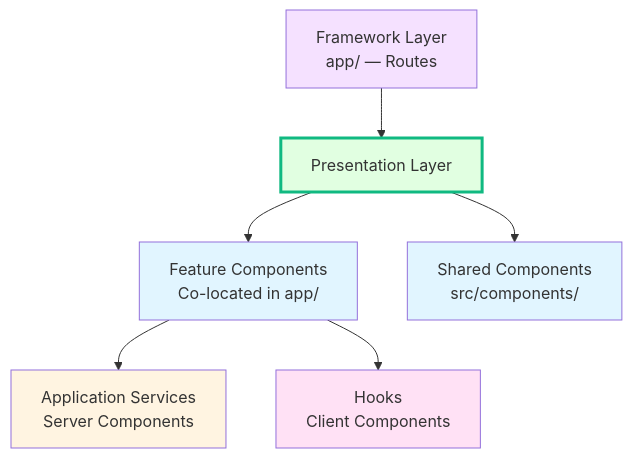
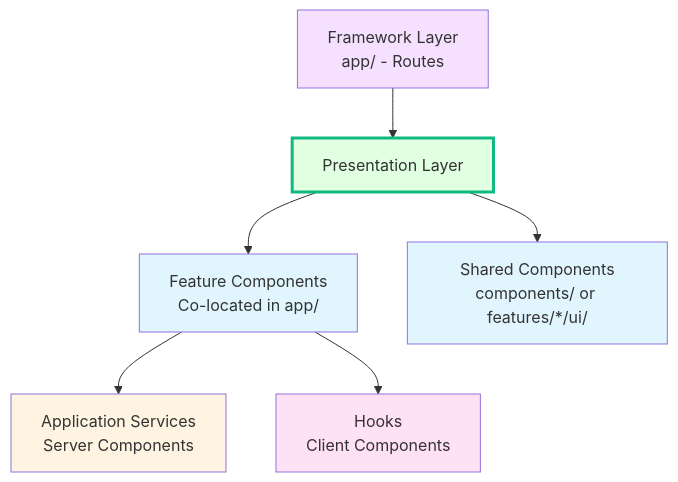
Before and after one commit to 3mrhussein/findeg: the diagram in src/components/README.md, drawn with Mermaid. The commit also changed other lines of this file and 281 other files, not shown here.

Commit message:
refactor: reorganize application into a feature-based architecture with bounded contexts.

````diff
--- a/src/components/README.md
+++ b/src/components/README.md
@@ -9,15 +22,15 @@
 ```mermaid
 graph TD
-    A[Framework Layer<br/>app/ — Routes] --> B[Presentation Layer]
+    A[Framework Layer<br/>app/ - Routes] --> B[Presentation Layer]
     B --> C[Feature Components<br/>Co-located in app/]
-    B --> D[Shared Components<br/>src/components/]
+    B --> D[Shared Components<br/>components/ or features/*/ui/]
     C --> E[Application Services<br/>Server Components]
     C --> F[Hooks<br/>Client Components]
 
     style A fill:#f5e1ff
     style B fill:#e1ffe1,stroke:#10b981,stroke-width:3px
     style C fill:#e1f5ff
     style D fill:#e1f5ff
     style E fill:#fff4e1
     style F fill:#ffe1f5
 ```
````
